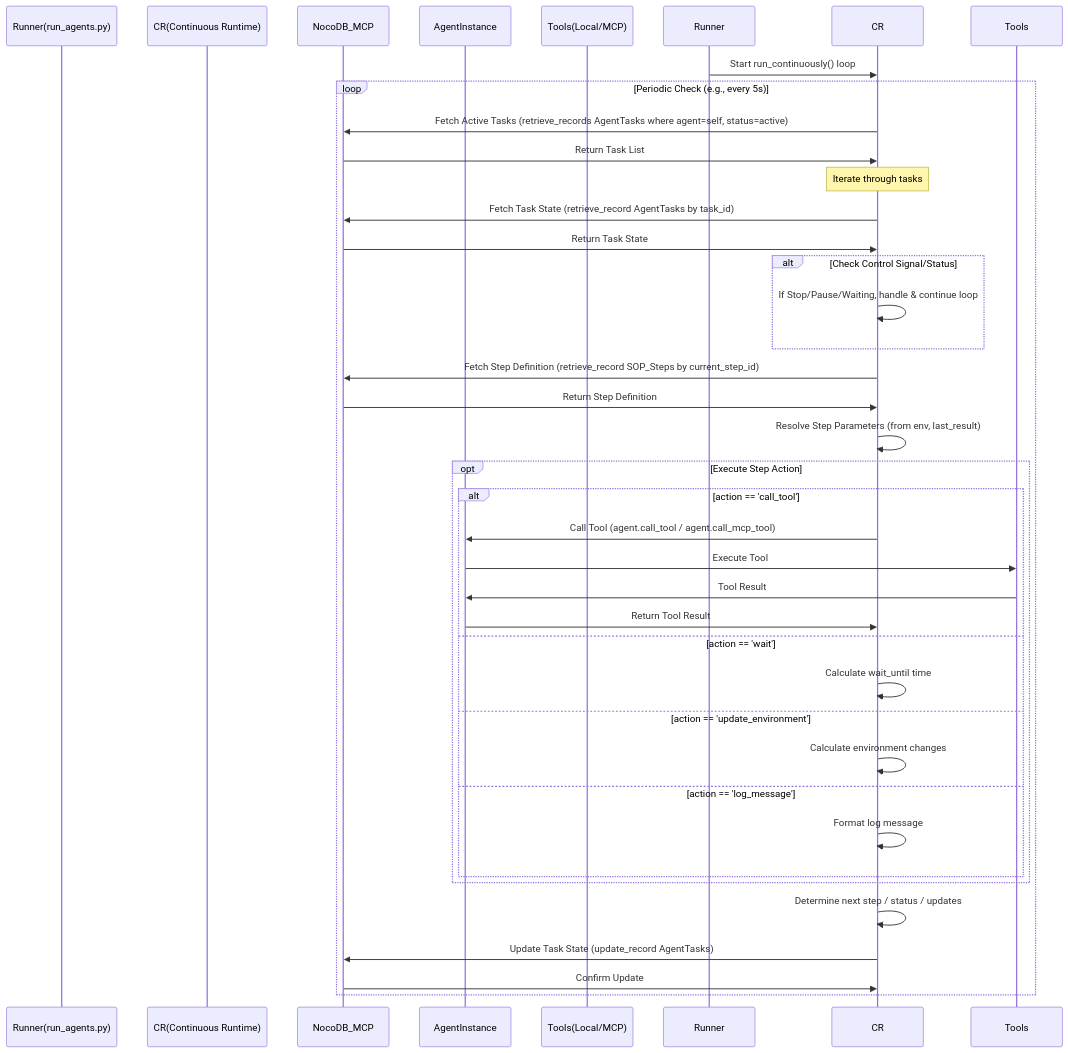
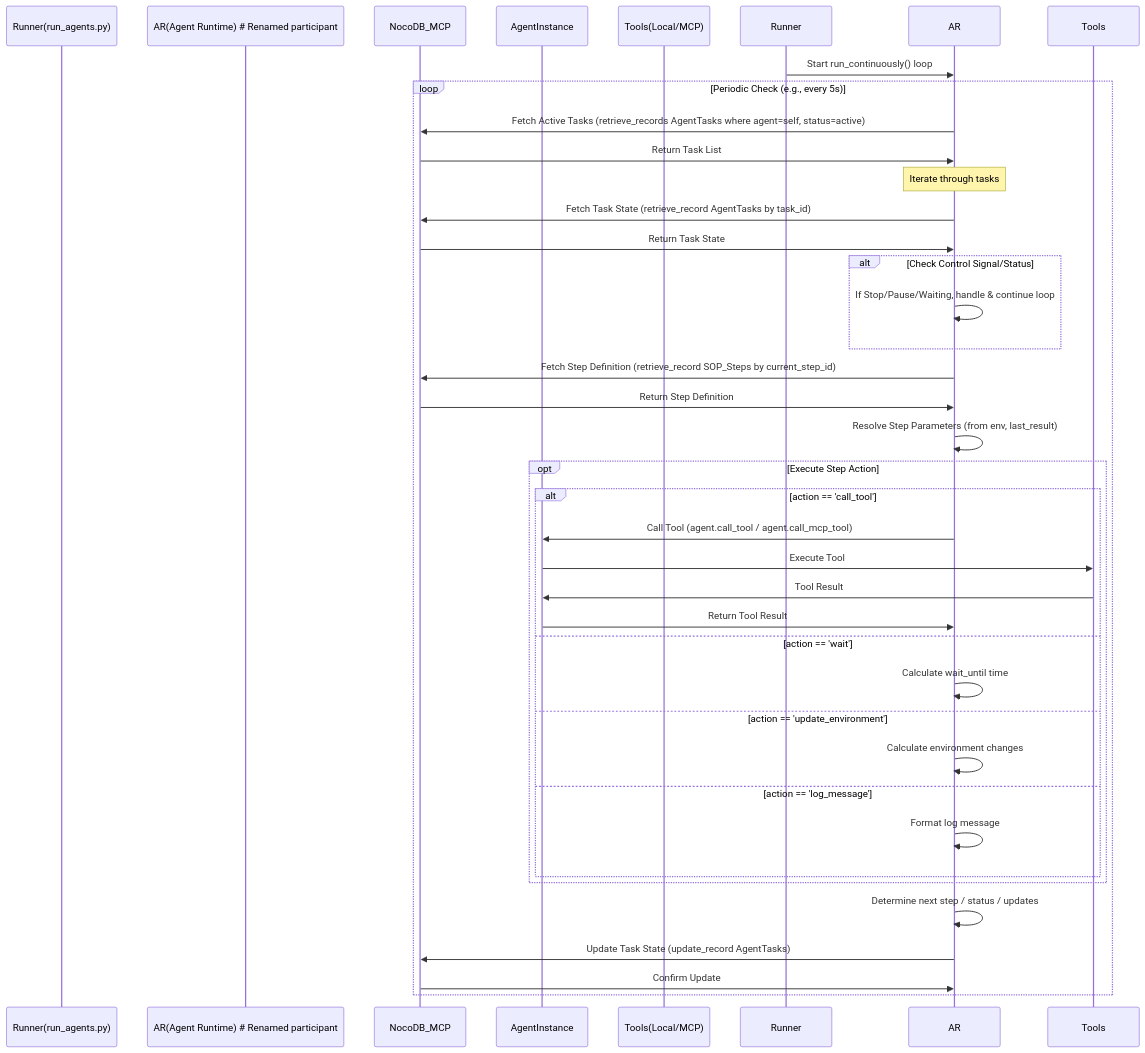
One commit to granthooks/Carrier changed the third of 5 diagrams in memory-bank/systemPatterns.md. Above: the diagram before and after it, drawn with Mermaid. The commit also changed other lines of this file and 5 other files, not shown here.

Commit message:
changed ContinuousRuntime to AgentRuntime

````diff
--- a/memory-bank/systemPatterns.md
+++ b/memory-bank/systemPatterns.md
@@ -384,40 +384,40 @@
 ```mermaid
 sequenceDiagram
     participant Runner(run_agents.py)
-    participant CR(Continuous Runtime)
+    participant AR(Agent Runtime) # Renamed participant
     participant NocoDB_MCP
     participant AgentInstance
     participant Tools(Local/MCP)
 
-    Runner->>CR: Start run_continuously() loop
+    Runner->>AR: Start run_continuously() loop # Renamed participant
     loop Periodic Check (e.g., every 5s)
-        CR->>NocoDB_MCP: Fetch Active Tasks (retrieve_records AgentTasks where agent=self, status=active)
-        NocoDB_MCP->>CR: Return Task List
-        Note over CR: Iterate through tasks
-        CR->>NocoDB_MCP: Fetch Task State (retrieve_record AgentTasks by task_id)
-        NocoDB_MCP->>CR: Return Task State
+        AR->>NocoDB_MCP: Fetch Active Tasks (retrieve_records AgentTasks where agent=self, status=active) # Renamed participant
+        NocoDB_MCP->>AR: Return Task List # Renamed participant
+        Note over AR: Iterate through tasks # Renamed participant
+        AR->>NocoDB_MCP: Fetch Task State (retrieve_record AgentTasks by task_id) # Renamed participant
+        NocoDB_MCP->>AR: Return Task State # Renamed participant
         alt Check Control Signal/Status
-            CR->>CR: If Stop/Pause/Waiting, handle & continue loop
+            AR->>AR: If Stop/Pause/Waiting, handle & continue loop # Renamed participant
         end
-        CR->>NocoDB_MCP: Fetch Step Definition (retrieve_record SOP_Steps by current_step_id)
-        NocoDB_MCP->>CR: Return Step Definition
-        CR->>CR: Resolve Step Parameters (from env, last_result)
+        AR->>NocoDB_MCP: Fetch Step Definition (retrieve_record SOP_Steps by current_step_id) # Renamed participant
+        NocoDB_MCP->>AR: Return Step Definition # Renamed participant
+        AR->>AR: Resolve Step Parameters (from env, last_result) # Renamed participant
         opt Execute Step Action
             alt action == 'call_tool'
-                CR->>AgentInstance: Call Tool (agent.call_tool / agent.call_mcp_tool)
+                AR->>AgentInstance: Call Tool (agent.call_tool / agent.call_mcp_tool) # Renamed participant
                 AgentInstance->>Tools: Execute Tool
                 Tools->>AgentInstance: Tool Result
-                AgentInstance->>CR: Return Tool Result
+                AgentInstance->>AR: Return Tool Result # Renamed participant
             else action == 'wait'
-                CR->>CR: Calculate wait_until time
+                AR->>AR: Calculate wait_until time # Renamed participant
             else action == 'update_environment'
-                CR->>CR: Calculate environment changes
+                AR->>AR: Calculate environment changes # Renamed participant
             else action == 'log_message'
-                CR->>CR: Format log message
+                AR->>AR: Format log message # Renamed participant
             end
         end
-        CR->>CR: Determine next step / status / updates
-        CR->>NocoDB_MCP: Update Task State (update_record AgentTasks)
-        NocoDB_MCP->>CR: Confirm Update
+        AR->>AR: Determine next step / status / updates # Renamed participant
+        AR->>NocoDB_MCP: Update Task State (update_record AgentTasks) # Renamed participant
+        NocoDB_MCP->>AR: Confirm Update # Renamed participant
     end
 ```
````
